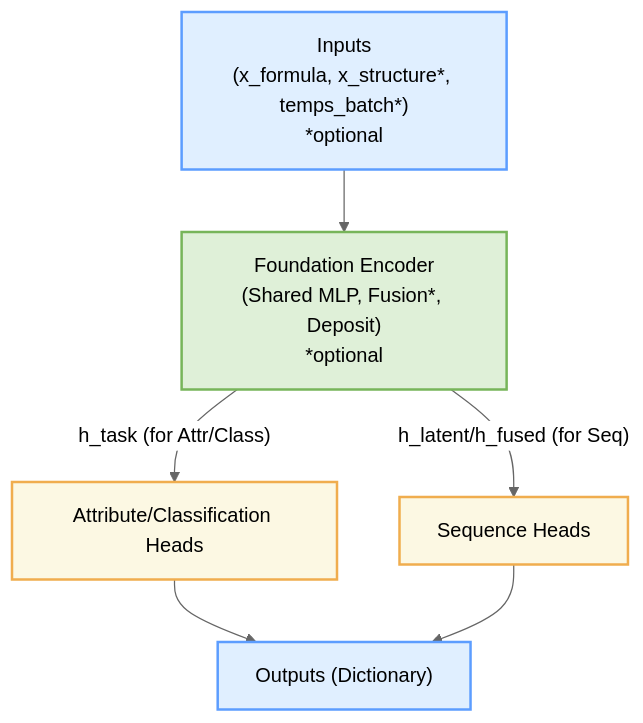
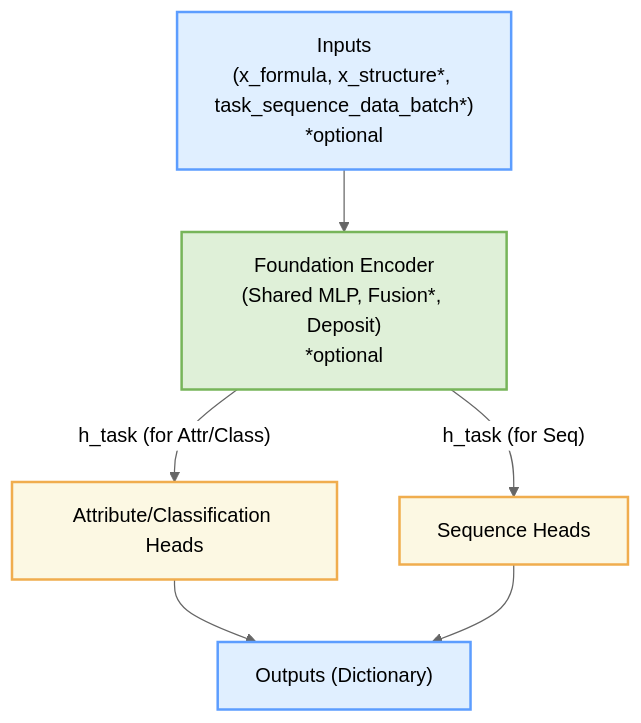
One commit to TsumiNa/foundation_model changed the diagram in README.md. Above: the diagram before and after it, drawn with Mermaid (neutral theme). The commit also changed 2 other files, not shown here.

Commit message:
refactor: rename temps_batch to task_sequence_data_batch for clarity in model architecture

````diff
--- a/README.md
+++ b/README.md
@@ -196,18 +196,18 @@
 ```mermaid
 graph TD
-    Inputs["Inputs<br/>(x_formula, x_structure*, temps_batch*)<br/>*optional"] --> FE["Foundation Encoder<br/>(Shared MLP, Fusion*, Deposit)<br/>*optional"]
+    Inputs["Inputs<br/>(x_formula, x_structure*, task_sequence_data_batch*)<br/>*optional"] --> FE["Foundation Encoder<br/>(Shared MLP, Fusion*, Deposit)<br/>*optional"]
     FE --"h_task (for Attr/Class)"--> NonSeqHeads["Attribute/Classification Heads"]
-    FE --"h_latent/h_fused (for Seq)"--> SeqHeads["Sequence Heads"]
+    FE --"h_task (for Seq)"--> SeqHeads["Sequence Heads"]
     NonSeqHeads --> Outputs["Outputs (Dictionary)"]
     SeqHeads --> Outputs
 
     %% Styling for White Background Clarity
     classDef io fill:#E0EFFF,stroke:#5C9DFF,stroke-width:2px,color:#000000;
     classDef main fill:#DFF0D8,stroke:#77B55A,stroke-width:2px,color:#000000;
     classDef heads fill:#FCF8E3,stroke:#F0AD4E,stroke-width:2px,color:#000000;
 
     class Inputs io;
     class FE main;
     class NonSeqHeads,SeqHeads heads;
     class Outputs io;
 ```
````
